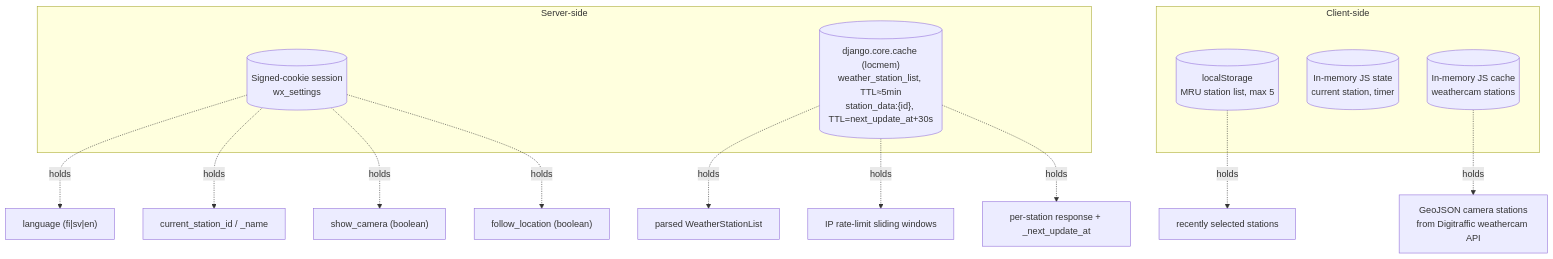
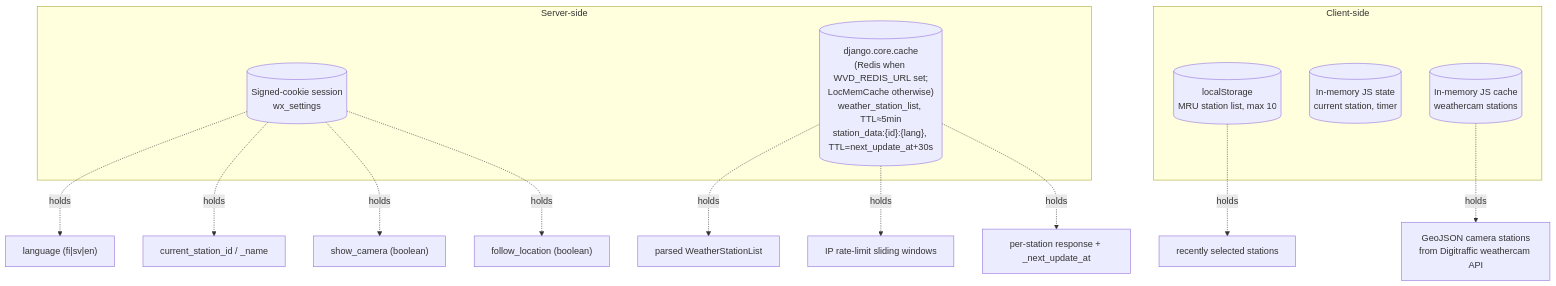
Before and after one commit to jjankkil/weatherview-django: the sixth of 9 diagrams in docs/ARCHITECTURE.md, drawn with Mermaid. The commit also changed other lines of this file and 13 other files, not shown here.

Commit message:
add Redis cache support (LocMemCache fallback), GitHub Actions CI, Playwright e2e tests, and flag-icons SRI hash

````diff
--- a/docs/ARCHITECTURE.md
+++ b/docs/ARCHITECTURE.md
@@ -332,22 +360,22 @@
 ```mermaid
 flowchart TB
     subgraph Server-side
         S1[("Signed-cookie session<br/>wx_settings")]
-        S2[("django.core.cache (locmem)<br/>weather_station_list, TTL≈5min<br/>station_data:{id}, TTL=next_update_at+30s")]
+        S2[("django.core.cache<br/>(Redis when WVD_REDIS_URL set;<br/>LocMemCache otherwise)<br/>weather_station_list, TTL≈5min<br/>station_data:{id}:{lang}, TTL=next_update_at+30s")]
     end
     subgraph Client-side
-        C1[("localStorage<br/>MRU station list, max 5")]
+        C1[("localStorage<br/>MRU station list, max 10")]
         C2[("In-memory JS state<br/>current station, timer")]
         C3[("In-memory JS cache<br/>weathercam stations")]
     end
 
     S1 -.holds.-> K2["language (fi|sv|en)"]
     S1 -.holds.-> K3["current_station_id / _name"]
     S1 -.holds.-> K6["show_camera (boolean)"]
     S1 -.holds.-> K8["follow_location (boolean)"]
     S2 -.holds.-> K4["parsed WeatherStationList"]
     S2 -.holds.-> K9["IP rate-limit sliding windows"]
     S2 -.holds.-> K10["per-station response + _next_update_at"]
     C1 -.holds.-> K5["recently selected stations"]
     C3 -.holds.-> K7["GeoJSON camera stations<br/>from Digitraffic weathercam API"]
 ```
````
